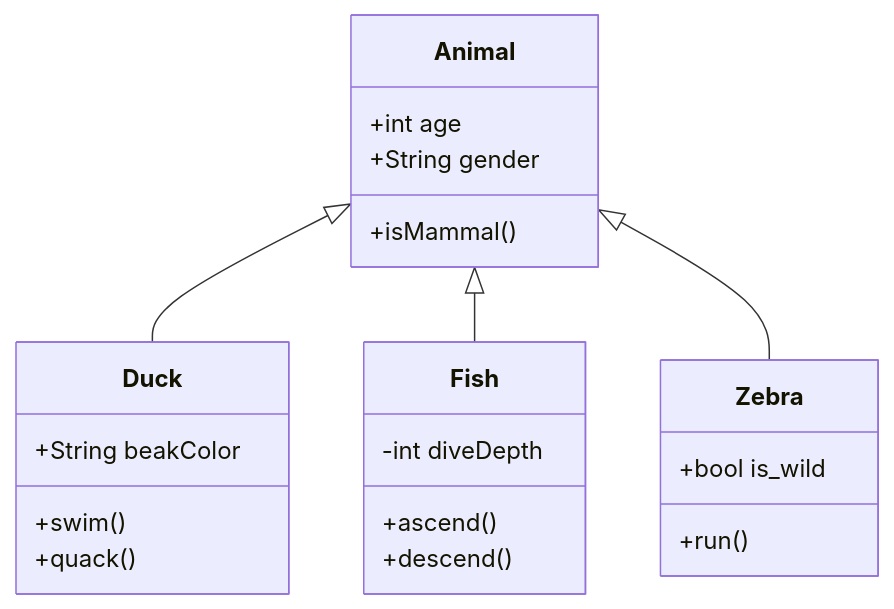
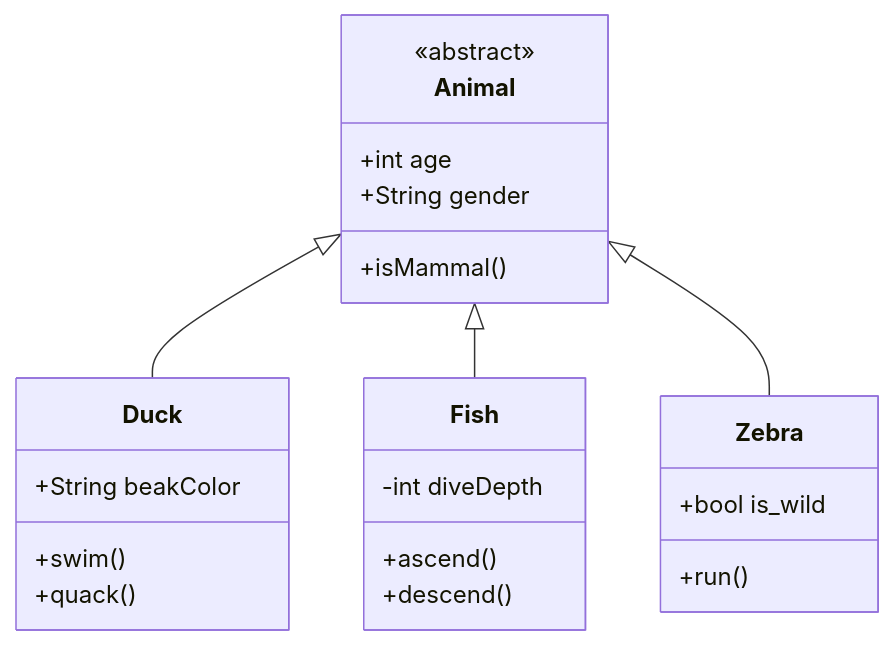
One commit to volkmann-design-code/IU-DSPWA1022-Programmierung-von-Web-Anwendungen changed the first of 2 diagrams in slides/00560-knowledge-challenge-oop.md. Above: the diagram before and after it, drawn with Mermaid. The commit also changed other lines of this file and 4 other files, not shown here.

````diff
--- a/slides/00560-knowledge-challenge-oop.md
+++ b/slides/00560-knowledge-challenge-oop.md
@@ -9,27 +9,31 @@
 ```mermaid
   classDiagram
       Animal <|-- Duck
       Animal <|-- Fish
       Animal <|-- Zebra
-      Animal : +int age
-      Animal : +String gender
-      Animal: +isMammal()
+
+      class Animal {
+        <<abstract>>
+        +int age
+        +String gender
+        +isMammal()
+      }
 
       class Duck{
         +String beakColor
         +swim()
         +quack()
       }
 
       class Fish{
         -int diveDepth
         +ascend()
         +descend()
       }
 
       class Zebra{
         +bool is_wild
         +run()
       }
 
 ```
````
